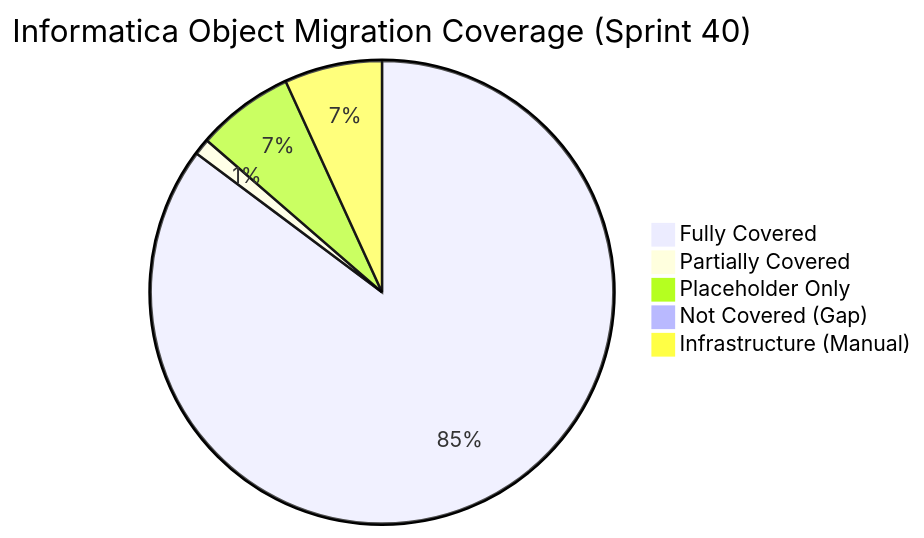
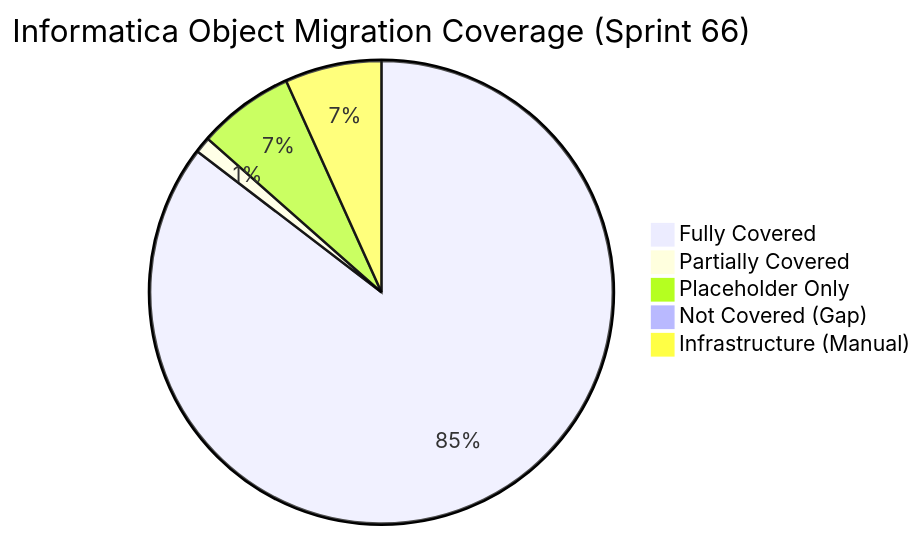
The first of 3 diagrams in GAP_ANALYSIS.md (cyphou/InformaticaToFabric), drawn with Mermaid before and after one commit. The commit also changed other lines of this file and 173 other files, not shown here.

````diff
--- a/GAP_ANALYSIS.md
+++ b/GAP_ANALYSIS.md
@@ -36,8 +36,8 @@
 ```mermaid
-pie title Informatica Object Migration Coverage (Sprint 40)
-    "Fully Covered" : 75
+pie title Informatica Object Migration Coverage (Sprint 66)
+    "Fully Covered" : 76
     "Partially Covered" : 1
     "Placeholder Only" : 6
     "Not Covered (Gap)" : 0
     "Infrastructure (Manual)" : 6
 ```
````
